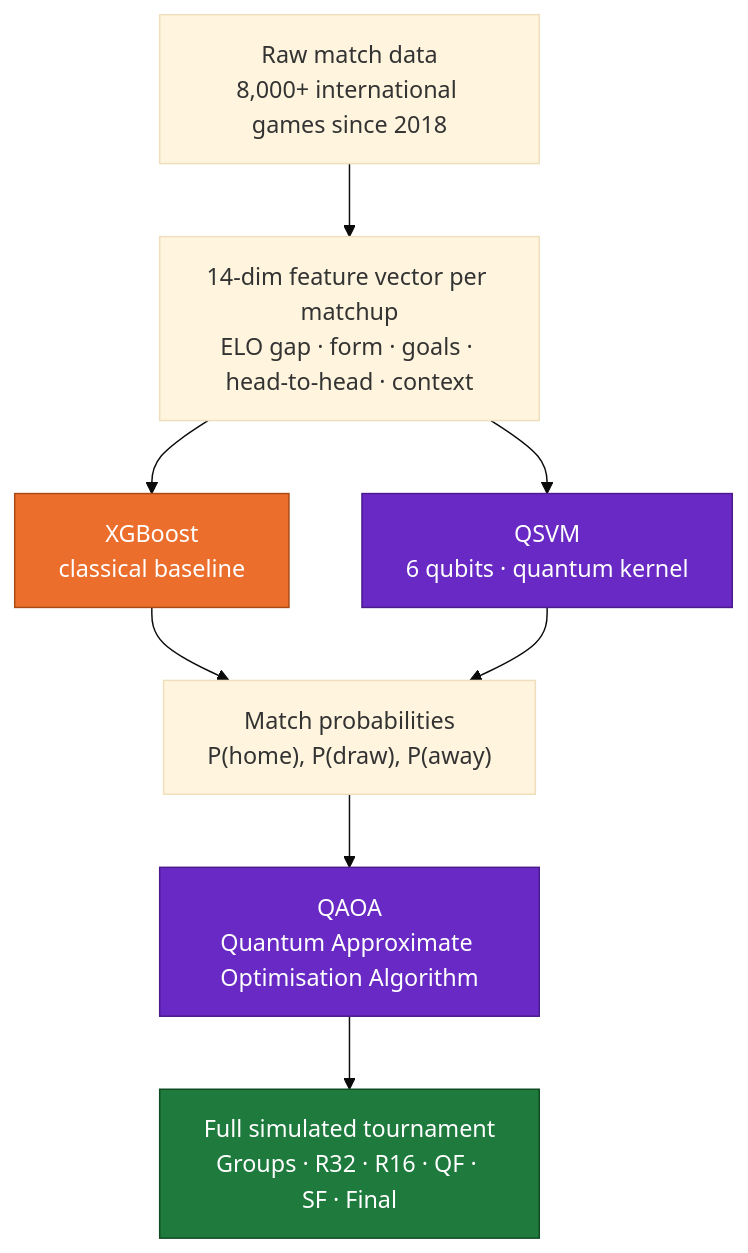
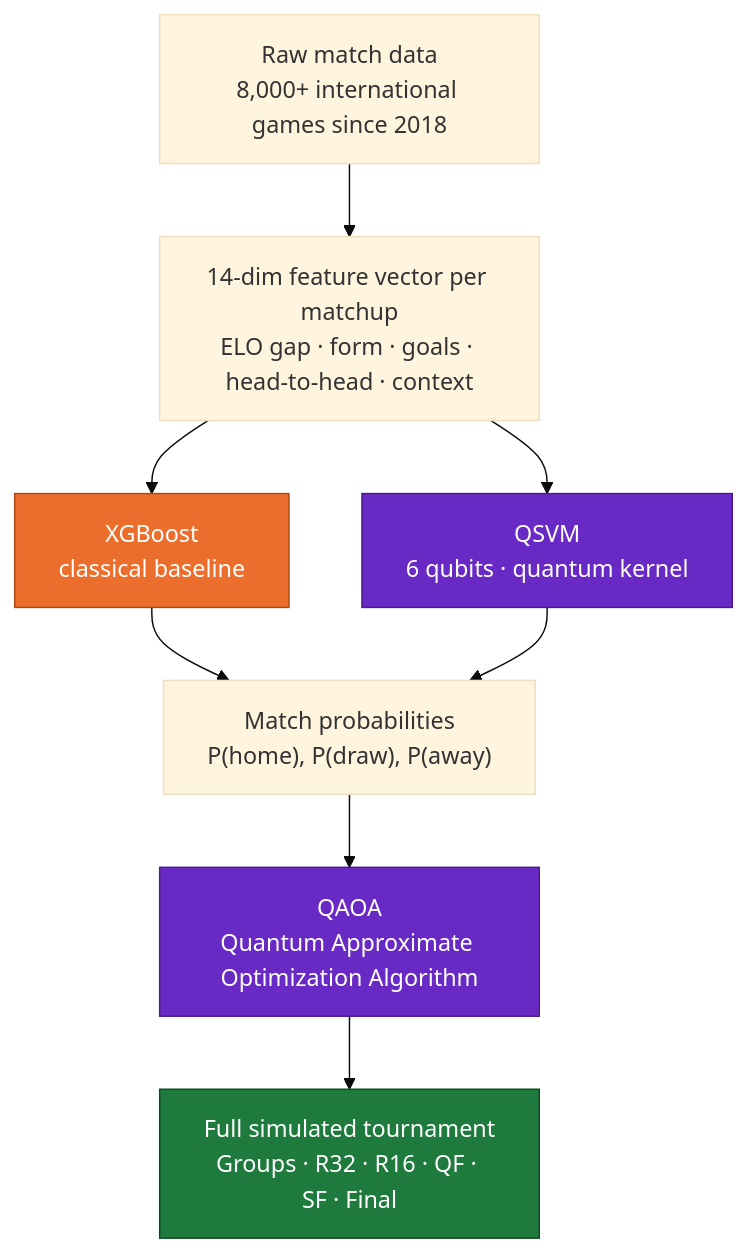
Before and after one commit to Sheel2007/World-Cup: the diagram in README.md, drawn with Mermaid (base theme). The commit also changed other lines of this file, not shown here.

Commit message:
Fix Optimization spelling README

````diff
--- a/README.md
+++ b/README.md
@@ -131,15 +131,15 @@
 ```mermaid
 flowchart TD
     A["Raw match data<br/>8,000+ international games since 2018"] --> B["14-dim feature vector per matchup<br/>ELO gap · form · goals · head-to-head · context"]
     B --> C["XGBoost<br/>classical baseline"]
     B --> D["QSVM<br/>6 qubits · quantum kernel"]
     C --> E["Match probabilities<br/>P(home), P(draw), P(away)"]
     D --> E
-    E --> F["QAOA<br/>Quantum Approximate Optimisation Algorithm"]
+    E --> F["QAOA<br/>Quantum Approximate Optimization Algorithm"]
     F --> G["Full simulated tournament<br/>Groups · R32 · R16 · QF · SF · Final"]
 
     style D fill:#6929C4,stroke:#4B1A8C,color:#ffffff
     style F fill:#6929C4,stroke:#4B1A8C,color:#ffffff
     style C fill:#EB6E2D,stroke:#A84A14,color:#ffffff
     style G fill:#1F7A3E,stroke:#0F4A22,color:#ffffff
 ```
````
